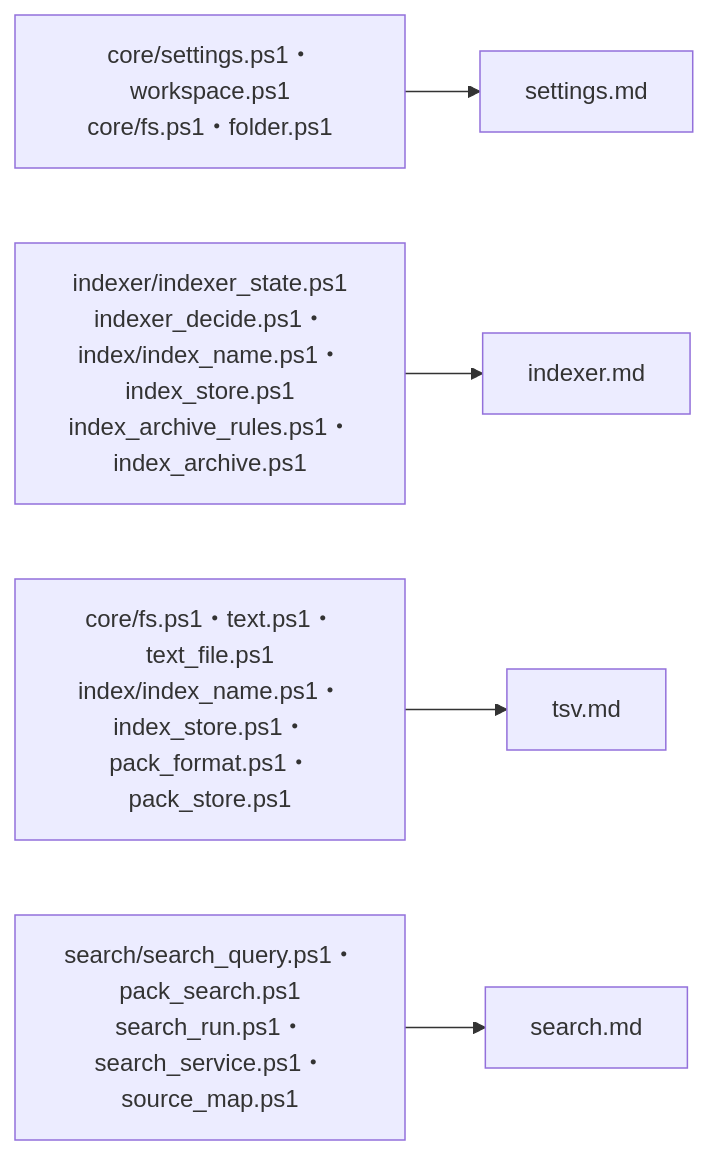
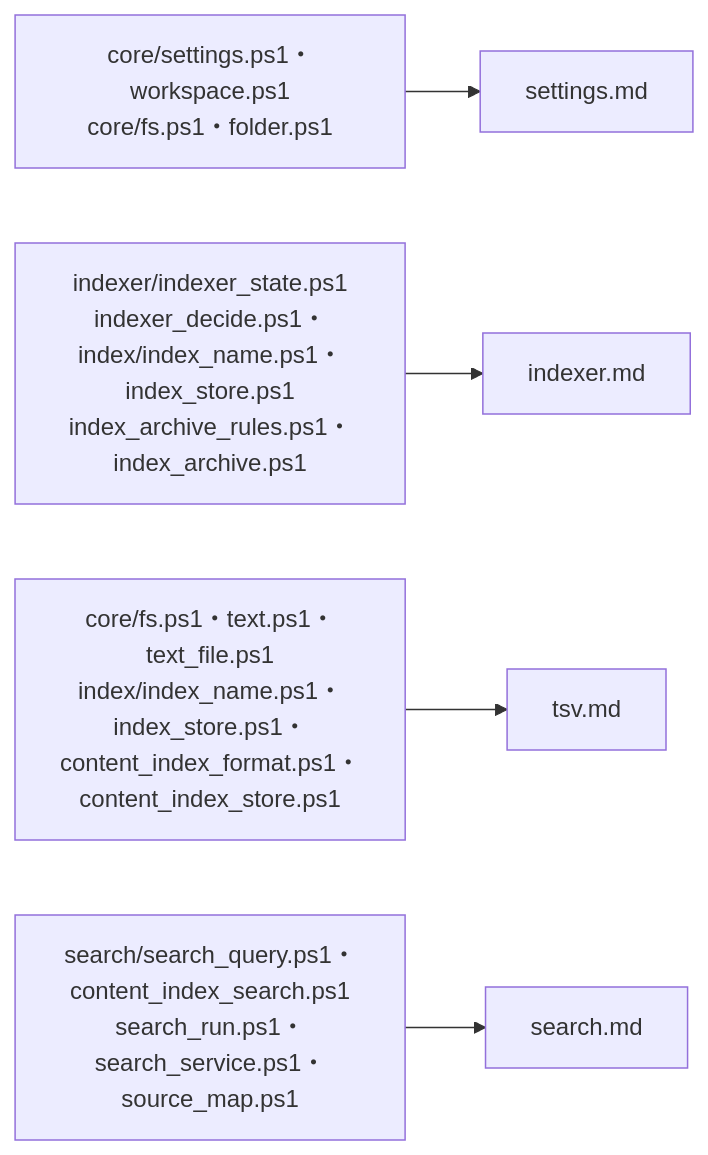
The first of 3 diagrams in docs/design/reference/index.md (hsgwa/tebunko), drawn with Mermaid before and after one commit. The commit also changed other lines of this file and 81 other files, not shown here.

First line of the commit message:
refactor: 集約ファイル（pack）のコードの名前を本文インデックス（contentIndex）に改める (#185)

````diff
--- a/docs/design/reference/index.md
+++ b/docs/design/reference/index.md
@@ -12,7 +12,7 @@
 ```mermaid
 flowchart LR
     settings["core/settings.ps1・workspace.ps1<br>core/fs.ps1・folder.ps1"] --> P1["settings.md"]
     indexer["indexer/indexer_state.ps1<br>indexer_decide.ps1・index/index_name.ps1・index_store.ps1<br>index_archive_rules.ps1・index_archive.ps1"] --> P2["indexer.md"]
-    tsv["core/fs.ps1・text.ps1・text_file.ps1<br>index/index_name.ps1・index_store.ps1・pack_format.ps1・pack_store.ps1"] --> P3["tsv.md"]
-    search["search/search_query.ps1・pack_search.ps1<br>search_run.ps1・search_service.ps1・source_map.ps1"] --> P4["search.md"]
+    tsv["core/fs.ps1・text.ps1・text_file.ps1<br>index/index_name.ps1・index_store.ps1・content_index_format.ps1・content_index_store.ps1"] --> P3["tsv.md"]
+    search["search/search_query.ps1・content_index_search.ps1<br>search_run.ps1・search_service.ps1・source_map.ps1"] --> P4["search.md"]
 ```
````
